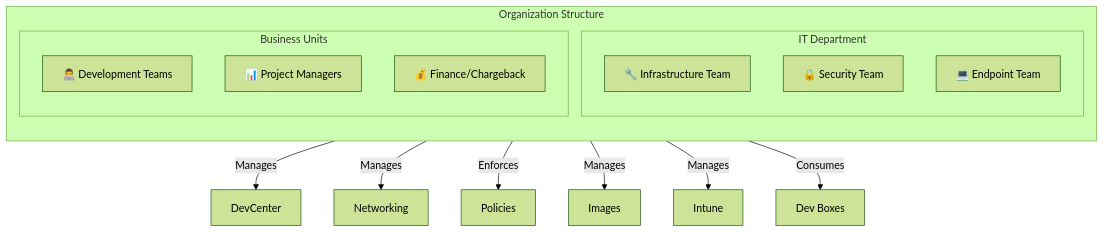
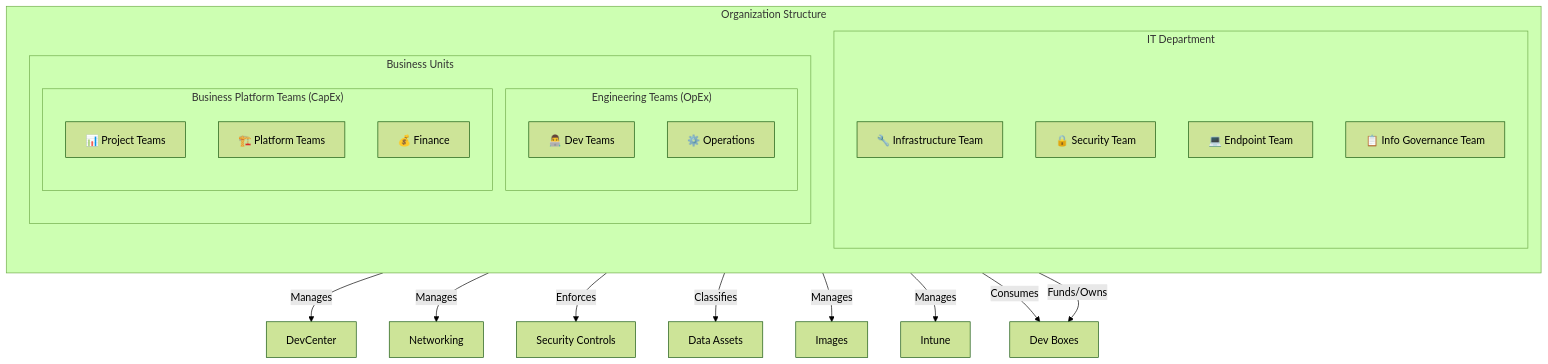
One commit to aj-enns/microsoft.devcenter changed the second of 8 diagrams in docs/RACI-MATRIX.md. Above: the diagram before and after it, drawn with Mermaid (forest theme). The commit also changed other lines of this file, not shown here.

Commit message:
feat: Update RACI Matrix to include Information Governance team and distinguish between Engineering and Business Platform teams

````diff
--- a/docs/RACI-MATRIX.md
+++ b/docs/RACI-MATRIX.md
@@ -71,25 +73,35 @@
 ```mermaid
 flowchart TB
     subgraph Organization["Organization Structure"]
         direction TB
         
         subgraph IT["IT Department"]
             INFRA["🔧 Infrastructure Team"]
             SEC["🔒 Security Team"]
             END["💻 Endpoint Team"]
+            IG["📋 Info Governance Team"]
         end
         
         subgraph BU["Business Units"]
-            DEV["👨‍💻 Development Teams"]
-            PM["📊 Project Managers"]
-            FIN["💰 Finance/Chargeback"]
+            direction TB
+            subgraph ENG["Engineering Teams (OpEx)"]
+                ENGDEV["👨‍💻 Dev Teams"]
+                ENGOPS["⚙️ Operations"]
+            end
+            subgraph BPT["Business Platform Teams (CapEx)"]
+                PROJ["📊 Project Teams"]
+                PLAT["🏗️ Platform Teams"]
+                FIN["💰 Finance"]
+            end
         end
     end
     
     INFRA --> |"Manages"| DC["DevCenter"]
     INFRA --> |"Manages"| NET["Networking"]
-    SEC --> |"Enforces"| POL["Policies"]
+    SEC --> |"Enforces"| POL["Security Controls"]
+    IG --> |"Classifies"| DATA["Data Assets"]
     END --> |"Manages"| IMG["Images"]
     END --> |"Manages"| INT["Intune"]
-    DEV --> |"Consumes"| DB["Dev Boxes"]
+    ENGDEV --> |"Consumes"| DB["Dev Boxes"]
+    PROJ --> |"Funds/Owns"| DB
 ```
````
